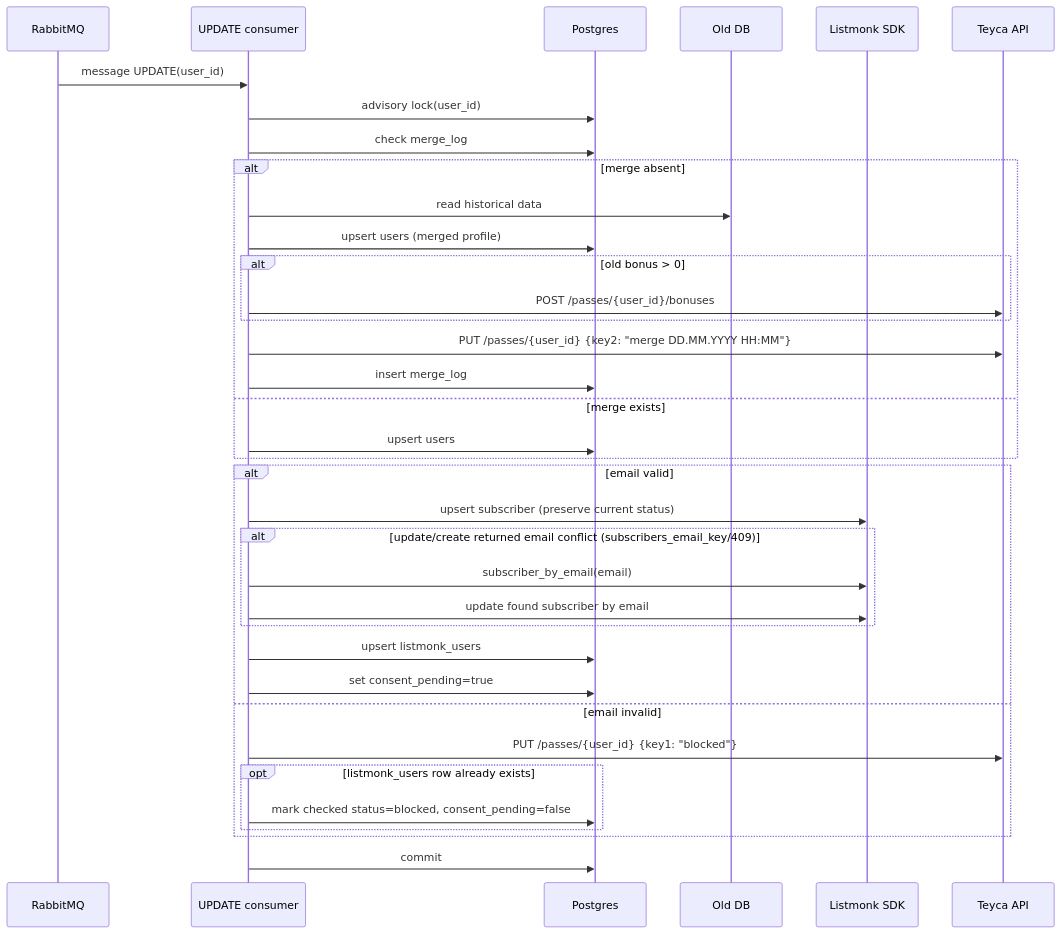
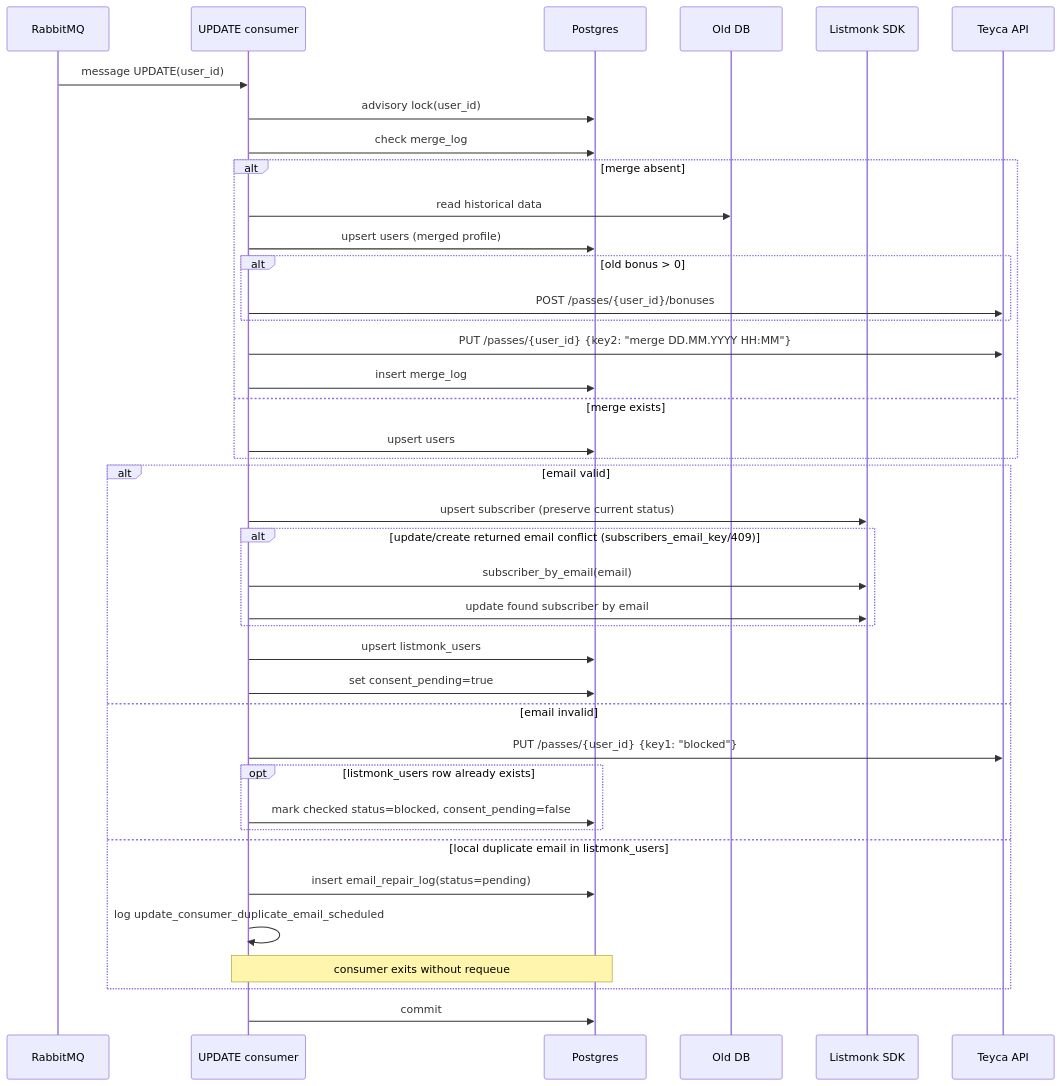
One commit to Nikita-Silent/teyca-sync changed the third of 7 diagrams in docs/current-runtime-flow.md. Above: the diagram before and after it, drawn with Mermaid. The commit also changed other lines of this file and 26 other files, not shown here.

````diff
--- a/docs/current-runtime-flow.md
+++ b/docs/current-runtime-flow.md
@@ -86,39 +94,43 @@
 ```mermaid
 sequenceDiagram
     participant RMQ as RabbitMQ
     participant U as UPDATE consumer
     participant DB as Postgres
     participant ODB as Old DB
     participant LM as Listmonk SDK
     participant TY as Teyca API
 
     RMQ->>U: message UPDATE(user_id)
     U->>DB: advisory lock(user_id)
     U->>DB: check merge_log
     alt merge absent
         U->>ODB: read historical data
         U->>DB: upsert users (merged profile)
         alt old bonus > 0
             U->>TY: POST /passes/{user_id}/bonuses
         end
         U->>TY: PUT /passes/{user_id} {key2: "merge DD.MM.YYYY HH:MM"}
         U->>DB: insert merge_log
     else merge exists
         U->>DB: upsert users
     end
     alt email valid
         U->>LM: upsert subscriber (preserve current status)
         alt update/create returned email conflict (subscribers_email_key/409)
             U->>LM: subscriber_by_email(email)
             U->>LM: update found subscriber by email
         end
         U->>DB: upsert listmonk_users
         U->>DB: set consent_pending=true
     else email invalid
         U->>TY: PUT /passes/{user_id} {key1: "blocked"}
         opt listmonk_users row already exists
             U->>DB: mark checked status=blocked, consent_pending=false
         end
+    else local duplicate email in listmonk_users
+        U->>DB: insert email_repair_log(status=pending)
+        U->>U: log update_consumer_duplicate_email_scheduled
+        Note over U,DB: consumer exits without requeue
     end
     U->>DB: commit
 ```
````
